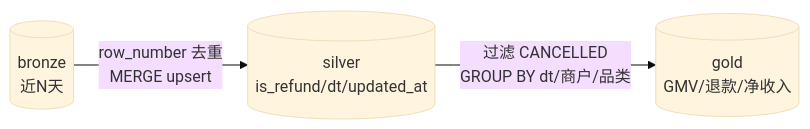
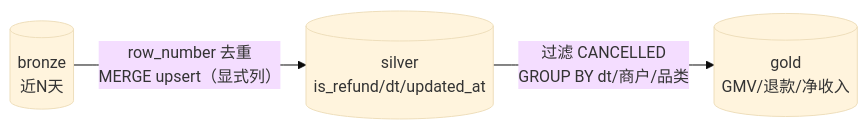
Before and after one commit to leishu/data-demo: the seventh of 13 diagrams in docs/lakehouse-demo/概要设计-lakehouse-demo.md, drawn with Mermaid (base theme). The commit also changed other lines of this file, not shown here.

````diff
--- a/docs/lakehouse-demo/概要设计-lakehouse-demo.md
+++ b/docs/lakehouse-demo/概要设计-lakehouse-demo.md
@@ -471,5 +485,5 @@
 ```mermaid
 flowchart LR
-    BR[("bronze<br/>近N天")] -->|"row_number 去重<br/>MERGE upsert"| SI[("silver<br/>is_refund/dt/updated_at")]
+    BR[("bronze<br/>近N天")] -->|"row_number 去重<br/>MERGE upsert（显式列）"| SI[("silver<br/>is_refund/dt/updated_at")]
     SI -->|"过滤 CANCELLED<br/>GROUP BY dt/商户/品类"| GO[("gold<br/>GMV/退款/净收入")]
 ```
````
